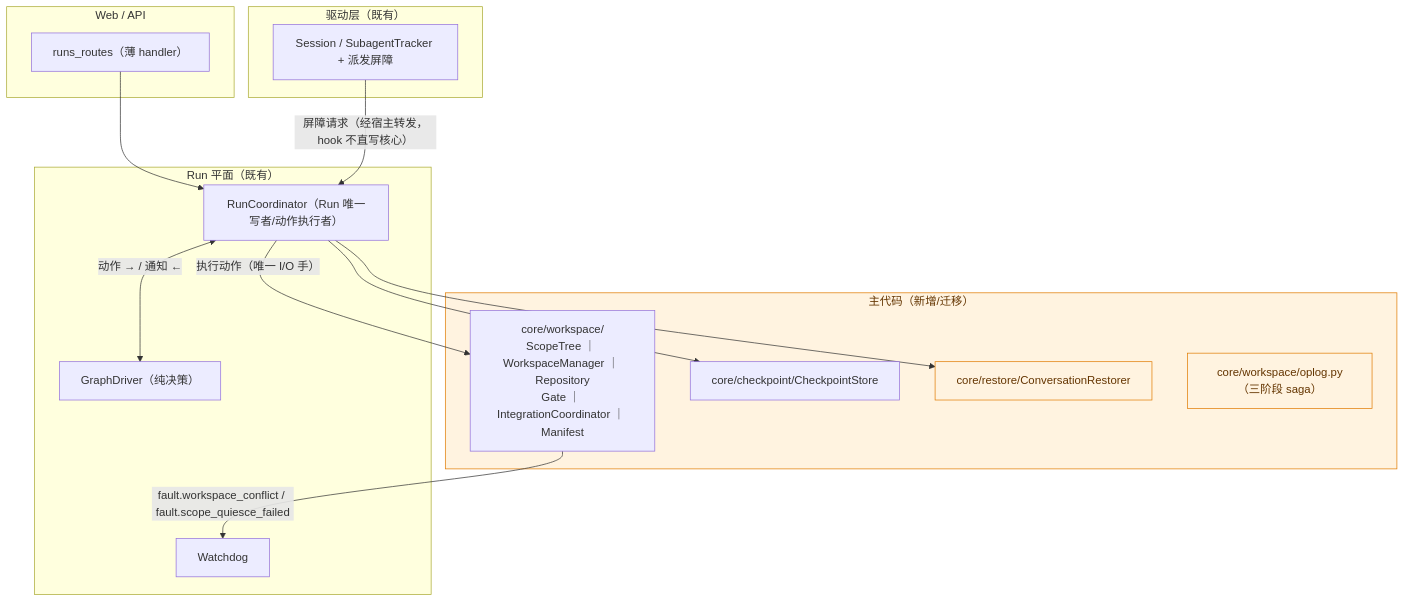
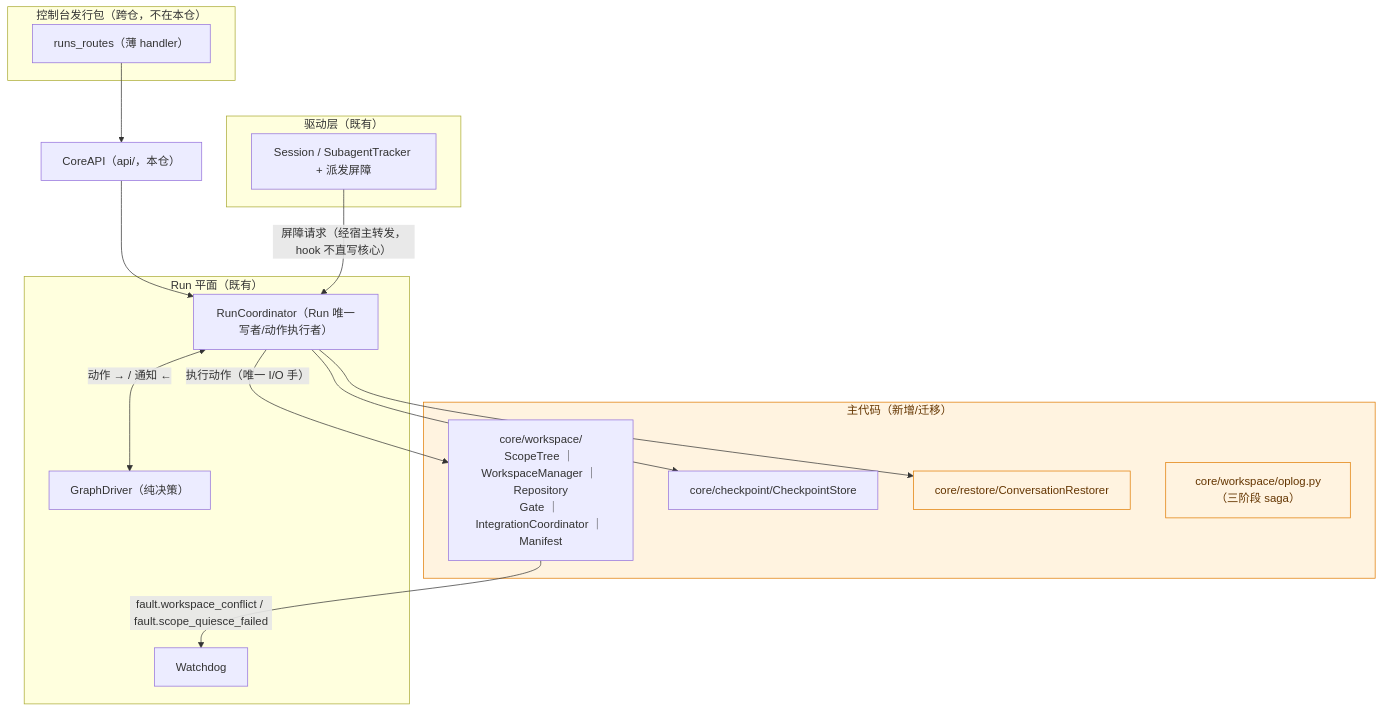
The third of 6 diagrams in docs/specs/traceback-workspace-rollback.md (cywang6/axcor), drawn with Mermaid before and after one commit. The commit also changed other lines of this file and 3 other files, not shown here.

````diff
--- a/docs/specs/traceback-workspace-rollback.md
+++ b/docs/specs/traceback-workspace-rollback.md
@@ -167,29 +167,31 @@
 ```mermaid
 flowchart TD
     subgraph CORE["主代码（新增/迁移）"]
         WS["core/workspace/<br/>ScopeTree ｜ WorkspaceManager ｜ Repository<br/>Gate ｜ IntegrationCoordinator ｜ Manifest"]
         CP["core/checkpoint/CheckpointStore"]
         RS["core/restore/ConversationRestorer"]
         OP["core/workspace/oplog.py（三阶段 saga）"]
     end
     subgraph RUNPLANE["Run 平面（既有）"]
         RC["RunCoordinator（Run 唯一写者/动作执行者）"]
         GD["GraphDriver（纯决策）"]
         WD["Watchdog"]
     end
     subgraph DRV["驱动层（既有）"]
         SESS["Session / SubagentTracker + 派发屏障"]
     end
-    subgraph WEB["Web / API"]
+    subgraph WEB["控制台发行包（跨仓，不在本仓）"]
         RA["runs_routes（薄 handler）"]
     end
-    RA --> RC
+    CA["CoreAPI（api/，本仓）"]
+    RA --> CA
+    CA --> RC
     RC <-->|"动作 → / 通知 ←"| GD
     RC -->|"执行动作（唯一 I/O 手）"| WS
     RC --> CP
     RC --> RS
     WS -->|"fault.workspace_conflict / fault.scope_quiesce_failed"| WD
     SESS -->|"屏障请求（经宿主转发，hook 不直写核心）"| RC
     classDef core fill:#fff3e0,stroke:#e07b00,color:#643500;
     class CORE,RS,OP core;
 ```
````
